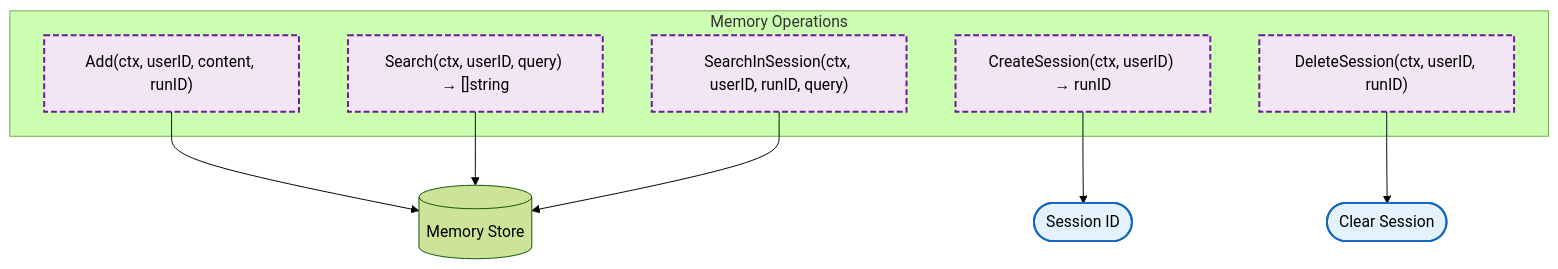
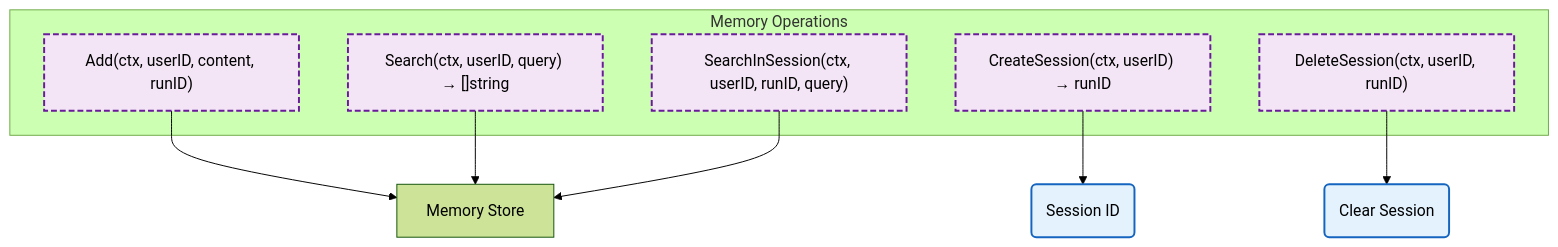
Before and after one commit to radch-ai/ava: the diagram in docs/internal/mem0/README.md, drawn with Mermaid (forest theme). The commit also changed 24 other files, not shown here.

First line of the commit message:
fix(docs): fix mermaid syntax errors in all diagrams

````diff
--- a/docs/internal/mem0/README.md
+++ b/docs/internal/mem0/README.md
@@ -7,22 +7,22 @@
 ```mermaid
 flowchart TB
     subgraph Operations ["Memory Operations"]
         Add["Add(ctx, userID, content, runID)"]
         Search["Search(ctx, userID, query) → []string"]
         SearchSession["SearchInSession(ctx, userID, runID, query)"]
         Create["CreateSession(ctx, userID) → runID"]
         Delete["DeleteSession(ctx, userID, runID)"]
     end
 
-    Add --> Memory[("Memory Store")]
+    Add --> Memory["Memory Store"]
     Search --> Memory
     SearchSession --> Memory
-    Create --> SessionID(["Session ID"])
-    Delete --> Clear(["Clear Session"])
+    Create --> SessionID("Session ID")
+    Delete --> Clear("Clear Session")
 
     classDef mainFn fill:#e3f2fd,stroke:#1565c0,stroke-width:2px
     classDef internalFn fill:#f3e5f5,stroke:#6a1b9a,stroke-width:2px,stroke-dasharray:6 3
 
     class Add,Search,SearchSession,Create,Delete internalFn
     class SessionID,Clear mainFn
 ```
````
